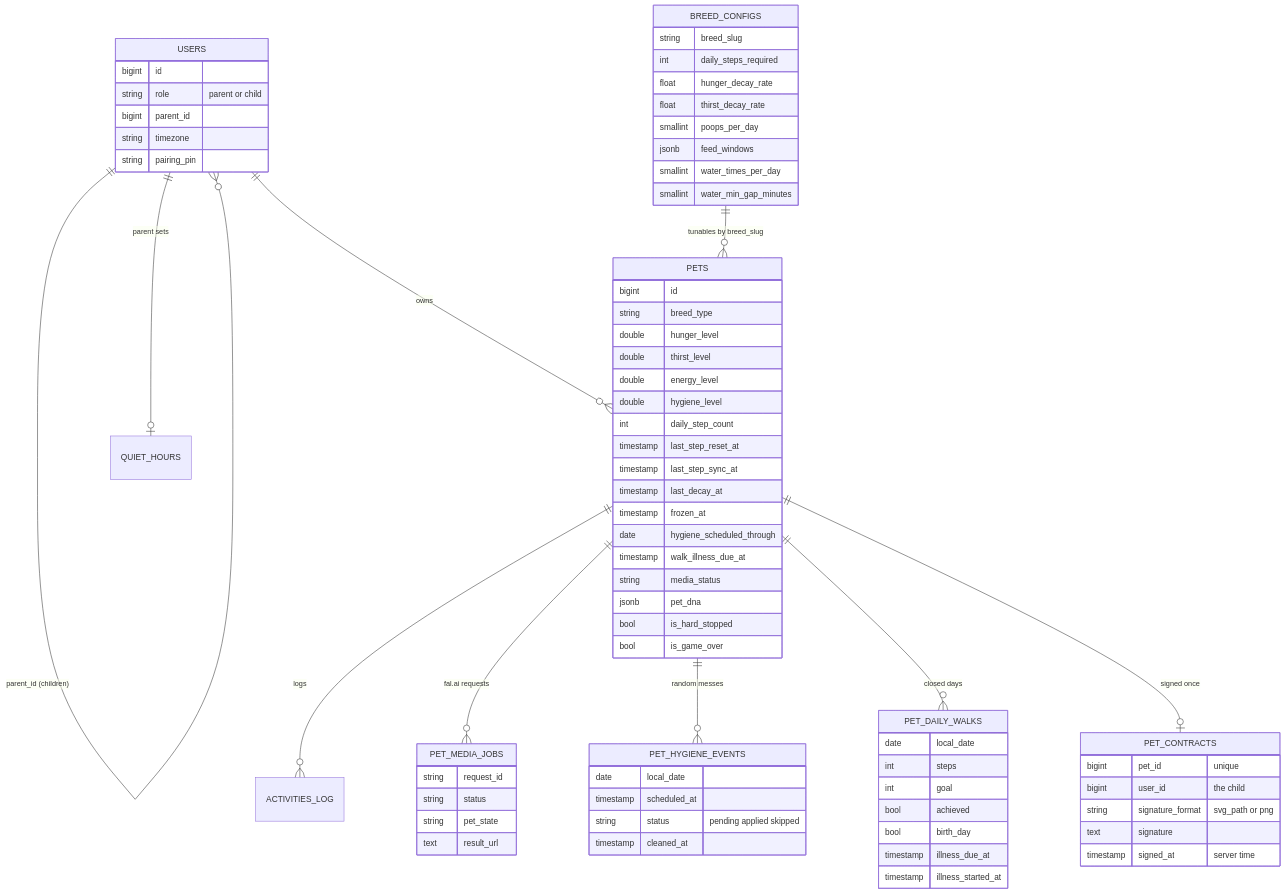
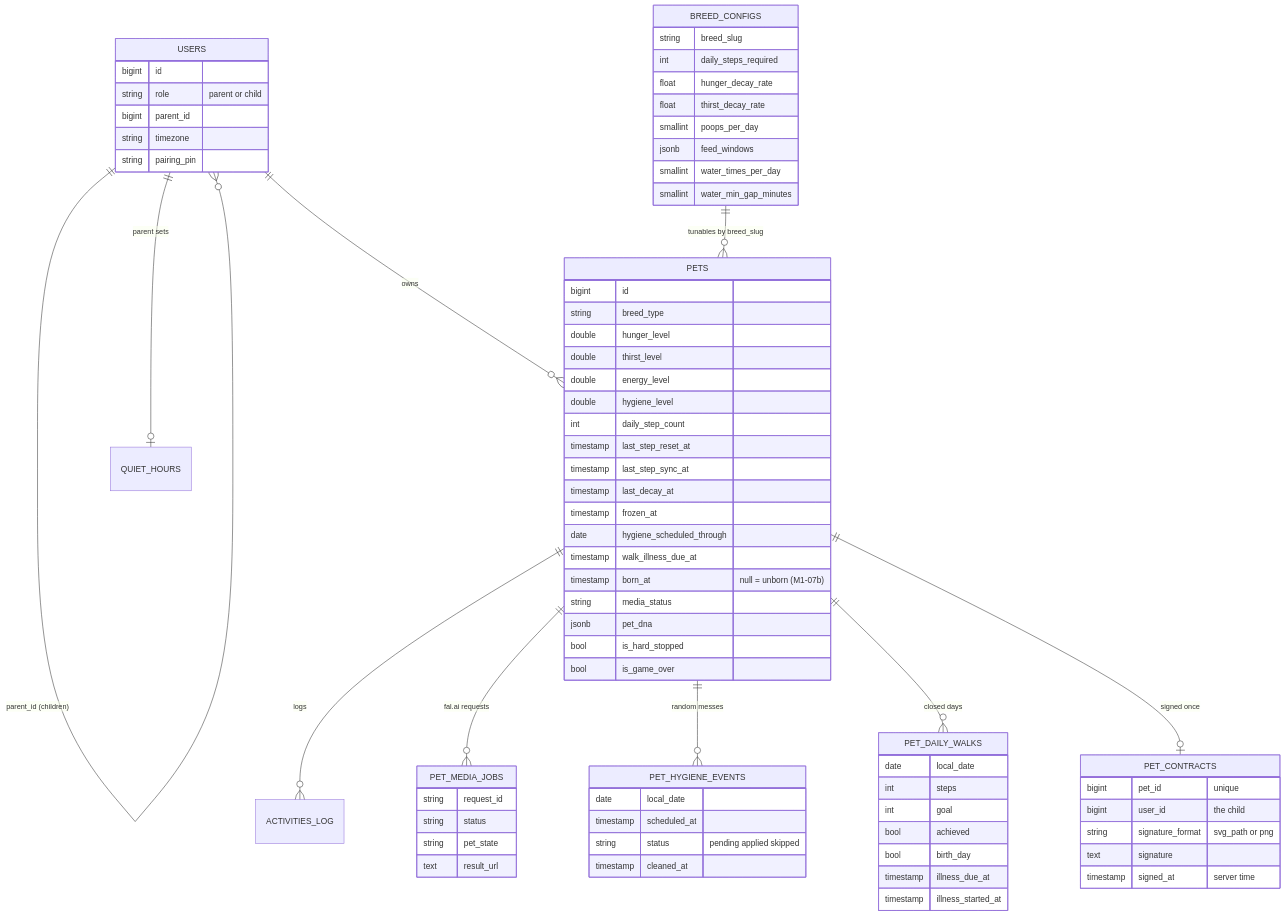
One commit to DataVallis/pet-prep changed the ninth of 10 diagrams in docs/engineering/DIAGRAMS.md. Above: the diagram before and after it, drawn with Mermaid. The commit also changed other lines of this file and 25 other files, not shown here.

````diff
--- a/docs/engineering/DIAGRAMS.md
+++ b/docs/engineering/DIAGRAMS.md
@@ -231,76 +239,77 @@
 ```mermaid
 erDiagram
   USERS ||--o{ USERS : "parent_id (children)"
   USERS ||--o{ PETS : owns
   USERS ||--o| QUIET_HOURS : "parent sets"
   PETS ||--o{ ACTIVITIES_LOG : logs
   PETS ||--o{ PET_MEDIA_JOBS : "fal.ai requests"
   PETS ||--o{ PET_HYGIENE_EVENTS : "random messes"
   PETS ||--o{ PET_DAILY_WALKS : "closed days"
   PETS ||--o| PET_CONTRACTS : "signed once"
   BREED_CONFIGS ||--o{ PETS : "tunables by breed_slug"
   USERS {
     bigint id
     string role "parent or child"
     bigint parent_id
     string timezone
     string pairing_pin
   }
   PETS {
     bigint id
     string breed_type
     double hunger_level
     double thirst_level
     double energy_level
     double hygiene_level
     int daily_step_count
     timestamp last_step_reset_at
     timestamp last_step_sync_at
     timestamp last_decay_at
     timestamp frozen_at
     date hygiene_scheduled_through
     timestamp walk_illness_due_at
+    timestamp born_at "null = unborn (M1-07b)"
     string media_status
     jsonb pet_dna
     bool is_hard_stopped
     bool is_game_over
   }
   BREED_CONFIGS {
     string breed_slug
     int daily_steps_required
     float hunger_decay_rate
     float thirst_decay_rate
     smallint poops_per_day
     jsonb feed_windows
     smallint water_times_per_day
     smallint water_min_gap_minutes
   }
   PET_HYGIENE_EVENTS {
     date local_date
     timestamp scheduled_at
     string status "pending applied skipped"
     timestamp cleaned_at
   }
   PET_DAILY_WALKS {
     date local_date
     int steps
     int goal
     bool achieved
     bool birth_day
     timestamp illness_due_at
     timestamp illness_started_at
   }
   PET_CONTRACTS {
     bigint pet_id "unique"
     bigint user_id "the child"
     string signature_format "svg_path or png"
     text signature
     timestamp signed_at "server time"
   }
   PET_MEDIA_JOBS {
     string request_id
     string status
     string pet_state
     text result_url
   }
 ```
````
